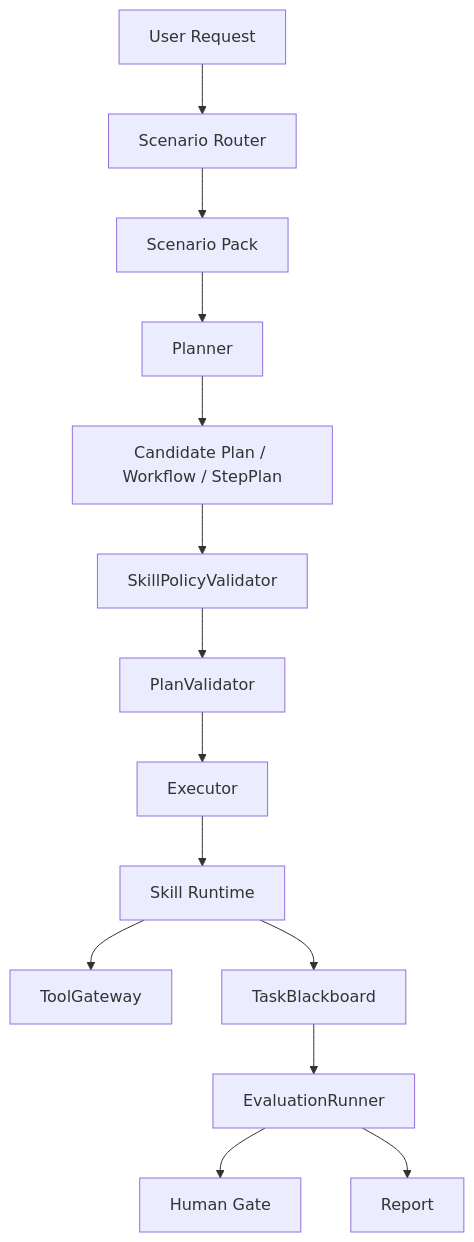
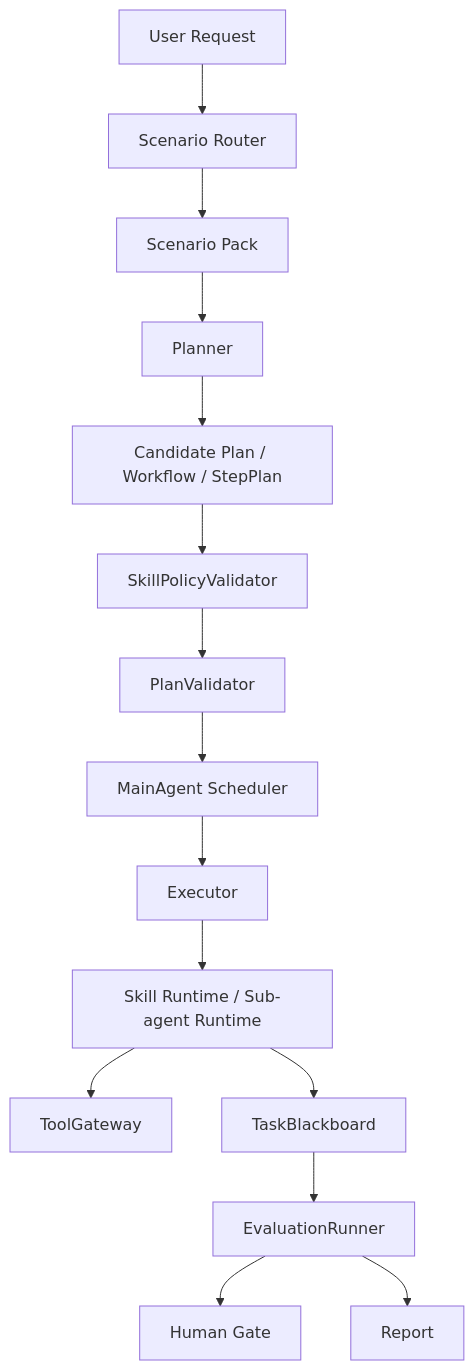
The diagram in docs/superpowers/specs/2026-06-11-skill-governed-runtime-design.md (zhoulingquan/agentx), drawn with Mermaid before and after one commit. The commit also changed other lines of this file, not shown here.

Commit message:
Expand skill runtime scheduler design

````diff
--- a/docs/superpowers/specs/2026-06-11-skill-governed-runtime-design.md
+++ b/docs/superpowers/specs/2026-06-11-skill-governed-runtime-design.md
@@ -50,16 +50,17 @@
 ```mermaid
 flowchart TD
     U["User Request"] --> R["Scenario Router"]
     R --> SP["Scenario Pack"]
     SP --> P["Planner"]
     P --> CP["Candidate Plan / Workflow / StepPlan"]
     CP --> SV["SkillPolicyValidator"]
     SV --> PV["PlanValidator"]
-    PV --> EX["Executor"]
-    EX --> SK["Skill Runtime"]
+    PV --> SCH["MainAgent Scheduler"]
+    SCH --> EX["Executor"]
+    EX --> SK["Skill Runtime / Sub-agent Runtime"]
     SK --> TG["ToolGateway"]
     SK --> BB["TaskBlackboard"]
     BB --> EV["EvaluationRunner"]
     EV --> HG["Human Gate"]
     EV --> RP["Report"]
 ```
````
